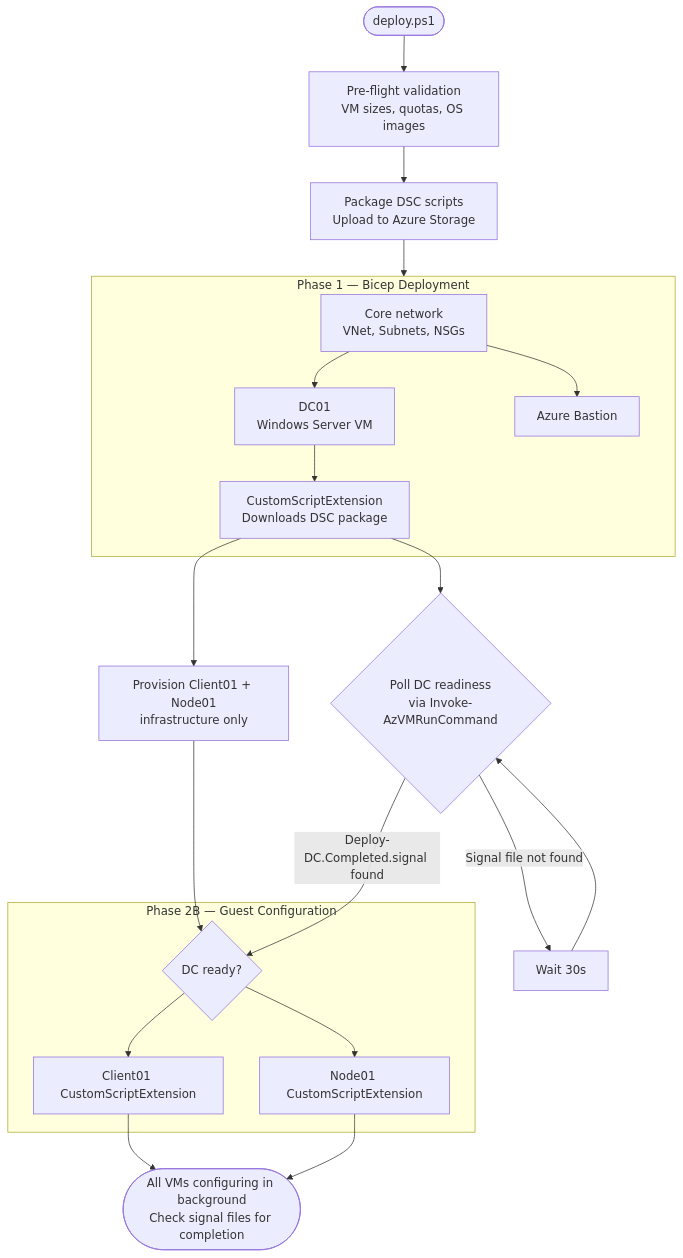
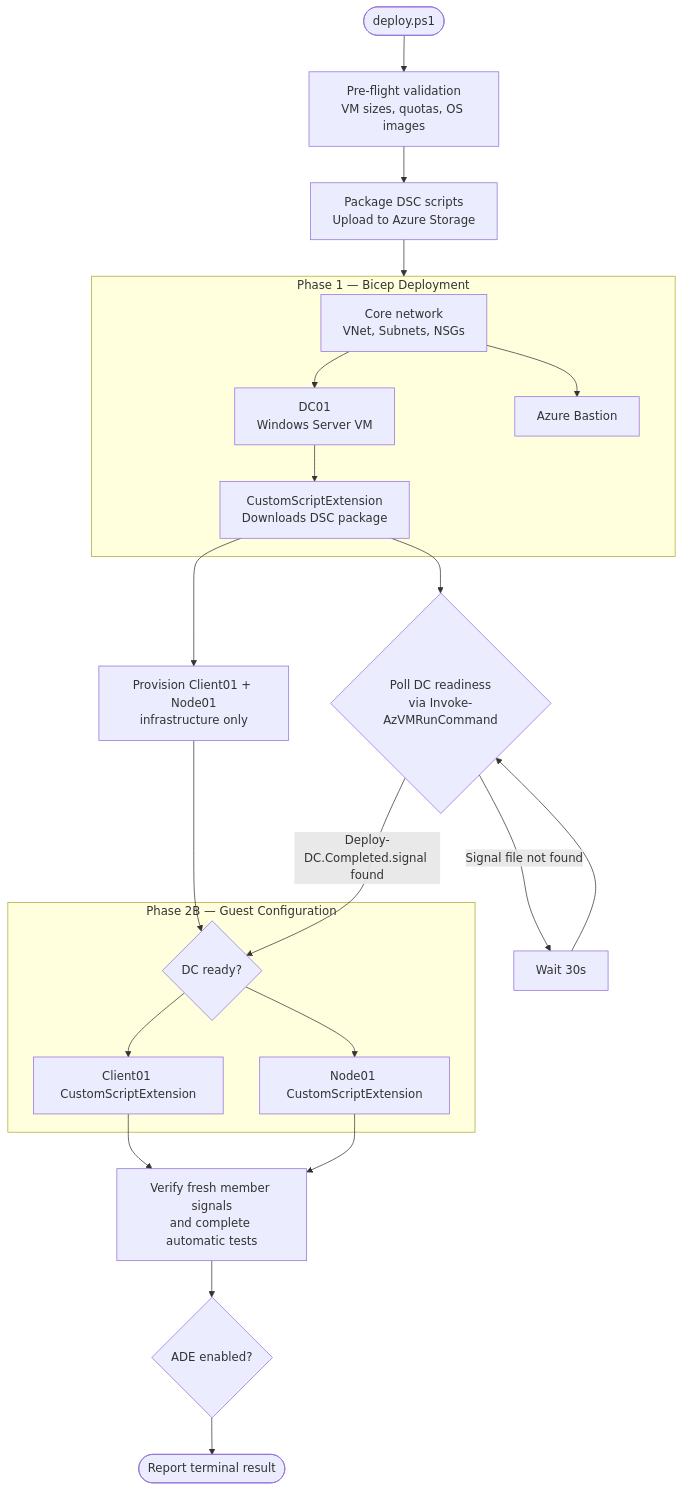
The first of 4 diagrams in TestSuites/FileServer/azure-automation/README.md (microsoft/WindowsProtocolTestSuites), drawn with Mermaid before and after one commit. The commit also changed other lines of this file and 28 other files, not shown here.

````diff
--- a/TestSuites/FileServer/azure-automation/README.md
+++ b/TestSuites/FileServer/azure-automation/README.md
@@ -116,27 +120,29 @@
 ```mermaid
 flowchart TB
     start([deploy.ps1]) --> preflight[Pre-flight validation<br/>VM sizes, quotas, OS images]
     preflight --> upload[Package DSC scripts<br/>Upload to Azure Storage]
 
     upload --> phase1
 
     subgraph phase1 [Phase 1 — Bicep Deployment]
         net[Core network<br/>VNet, Subnets, NSGs] --> dc[DC01<br/>Windows Server VM]
         net --> bastion[Azure Bastion]
         dc --> ext_dc[CustomScriptExtension<br/>Downloads DSC package]
     end
 
     ext_dc --> members[Provision Client01 + Node01<br/>infrastructure only]
     ext_dc --> poll{Poll DC readiness<br/>via Invoke-AzVMRunCommand}
     poll -- Signal file not found --> wait[Wait 30s] --> poll
     members --> gate{DC ready?}
     poll -- Deploy-DC.Completed.signal found --> gate
 
     subgraph phase2 [Phase 2B — Guest Configuration]
         gate --> ext_driver[Client01 CustomScriptExtension]
         gate --> ext_sut[Node01 CustomScriptExtension]
     end
 
-    ext_driver --> done([All VMs configuring in background<br/>Check signal files for completion])
-    ext_sut --> done
+    ext_driver --> verify[Verify fresh member signals<br/>and complete automatic tests]
+    ext_sut --> verify
+    verify --> ade{ADE enabled?}
+    ade --> done([Report terminal result])
 ```
````
